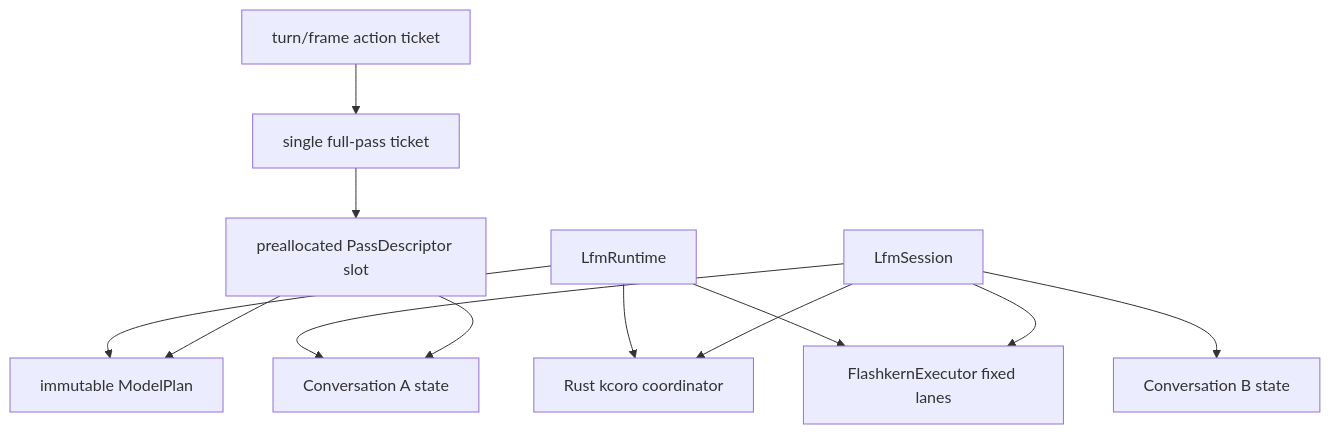
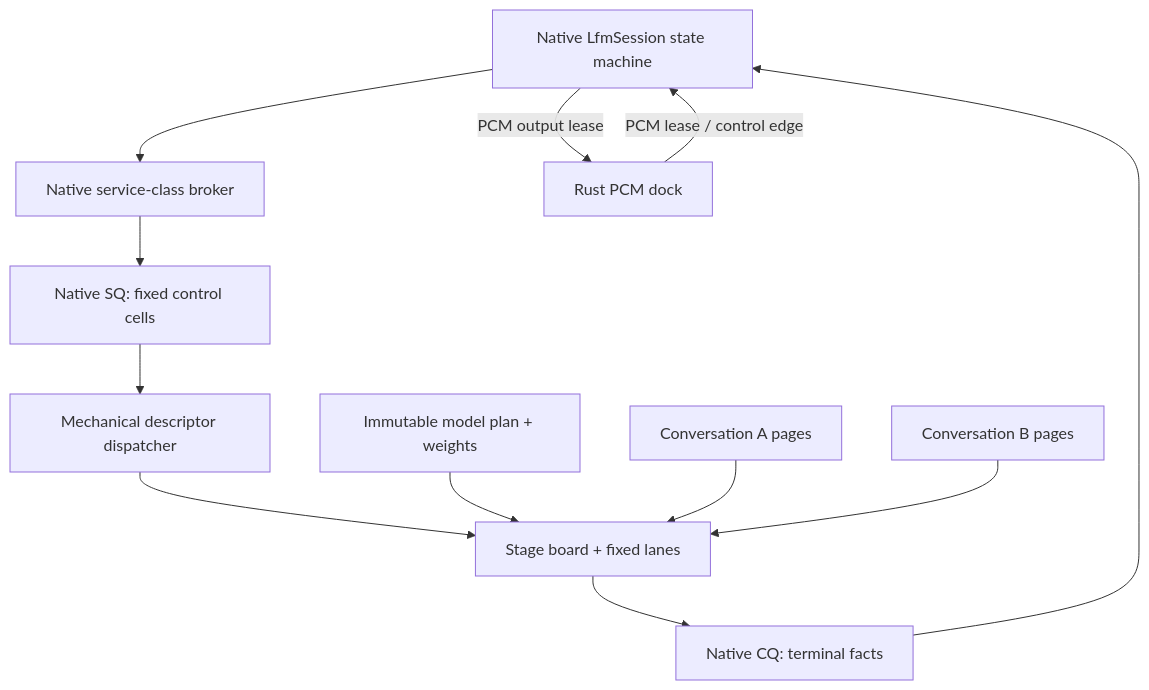
One commit to SolaceHarmony/emberharmony changed the diagram in specs/11-kcoro-native-migration/03-scheduler-passes-and-recurrence.md. Above: the diagram before and after it, drawn with Mermaid. The commit also changed other lines of this file and 36 other files, not shown here.

````diff
--- a/specs/11-kcoro-native-migration/03-scheduler-passes-and-recurrence.md
+++ b/specs/11-kcoro-native-migration/03-scheduler-passes-and-recurrence.md
@@ -105,25 +62,25 @@
 ```mermaid
 flowchart TB
-    Runtime["LfmRuntime"]
-    Coord["Rust kcoro coordinator"]
-    Exec["FlashkernExecutor fixed lanes"]
-    Model["immutable ModelPlan"]
-    Session["LfmSession"]
-    ConvA["Conversation A state"]
-    ConvB["Conversation B state"]
-    Parent["turn/frame action ticket"]
-    Child["single full-pass ticket"]
-    Slot["preallocated PassDescriptor slot"]
+    Session["Native LfmSession state machine"]
+    Broker["Native service-class broker"]
+    SQ["Native SQ: fixed control cells"]
+    Dispatch["Mechanical descriptor dispatcher"]
+    Board["Stage board + fixed lanes"]
+    CQ["Native CQ: terminal facts"]
+    ConvA["Conversation A pages"]
+    ConvB["Conversation B pages"]
+    Model["Immutable model plan + weights"]
+    Audio["Rust PCM dock"]
 
-    Runtime --> Coord
-    Runtime --> Exec
-    Runtime --> Model
-    Session --> Coord
-    Session --> Exec
-    Session --> ConvA
-    Session --> ConvB
-    Parent --> Child
-    Child --> Slot
-    Slot --> Model
-    Slot --> ConvA
+    Audio -->|"PCM lease / control edge"| Session
+    Session --> Broker
+    Broker --> SQ
+    SQ --> Dispatch
+    Dispatch --> Board
+    Board --> CQ
+    CQ --> Session
+    Model --> Board
+    ConvA --> Board
+    ConvB --> Board
+    Session -->|"PCM output lease"| Audio
 ```
````
